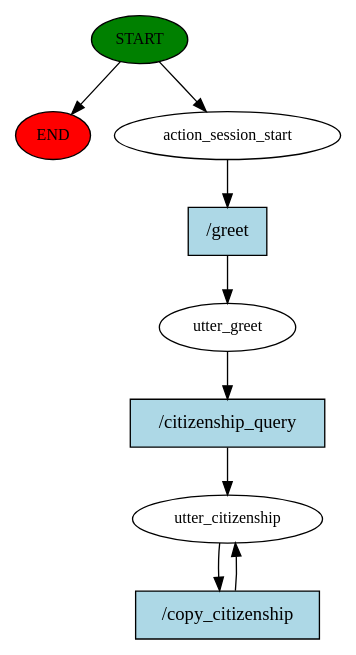
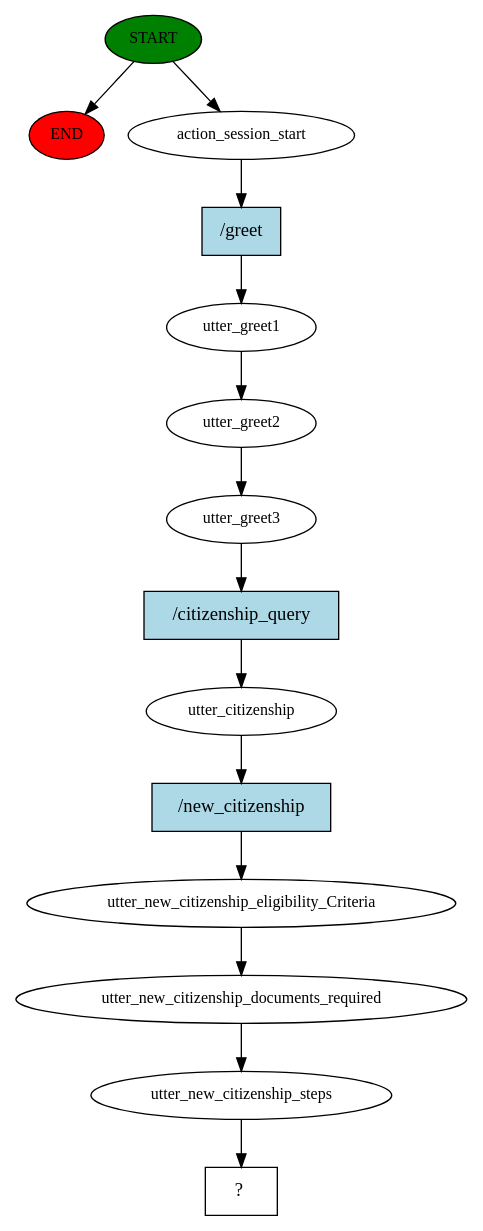
Before and after one commit to PiyushLuitel-07/Samadhan-A-Local-Government-Service-QueryBot: the diagram in story_graph.dot, drawn with Graphviz. The commit also changed 63 other files, not shown here.

```diff
--- a/story_graph.dot
+++ b/story_graph.dot
@@ -1,18 +1,29 @@
 digraph  {
 0 [class="start active", fillcolor=green, fontsize=12, label=START, style=filled];
 "-1" [class=end, fillcolor=red, fontsize=12, label=END, style=filled];
 1 [class=active, fontsize=12, label=action_session_start];
-2 [class=active, fontsize=12, label=utter_greet];
-3 [class="active dashed", fontsize=12, label=utter_citizenship];
-5 [class="intent active", fillcolor=lightblue, label="/greet", shape=rect, style=filled];
-6 [class="intent active", fillcolor=lightblue, label="/citizenship_query", shape=rect, style=filled];
-7 [class="intent active", fillcolor=lightblue, label="/copy_citizenship", shape=rect, style=filled];
+2 [class=active, fontsize=12, label=utter_greet1];
+3 [class=active, fontsize=12, label=utter_greet2];
+4 [class=active, fontsize=12, label=utter_greet3];
+5 [class=active, fontsize=12, label=utter_citizenship];
+6 [class=active, fontsize=12, label=utter_new_citizenship_eligibility_Criteria];
+7 [class=active, fontsize=12, label=utter_new_citizenship_documents_required];
+8 [class=active, fontsize=12, label=utter_new_citizenship_steps];
+9 [class="intent dashed active", label="  ?  ", shape=rect];
+10 [class="intent active", fillcolor=lightblue, label="/greet", shape=rect, style=filled];
+11 [class="intent active", fillcolor=lightblue, label="/citizenship_query", shape=rect, style=filled];
+12 [class="intent active", fillcolor=lightblue, label="/new_citizenship", shape=rect, style=filled];
 0 -> "-1"  [class="", key=NONE, label=""];
 0 -> 1  [class=active, key=NONE, label=""];
-1 -> 5  [class=active, key=0];
-2 -> 6  [class=active, key=0];
-3 -> 7  [class=active, key=0];
-5 -> 2  [class=active, key=0];
-6 -> 3  [class=active, key=0];
-7 -> 3  [class=active, key=0];
+1 -> 10  [class=active, key=0];
+2 -> 3  [class=active, key=NONE, label=""];
+3 -> 4  [class=active, key=NONE, label=""];
+4 -> 11  [class=active, key=0];
+5 -> 12  [class=active, key=0];
+6 -> 7  [class=active, key=NONE, label=""];
+7 -> 8  [class=active, key=NONE, label=""];
+8 -> 9  [class=active, key=NONE, label=""];
+10 -> 2  [class=active, key=0];
+11 -> 5  [class=active, key=0];
+12 -> 6  [class=active, key=0];
 }
```
